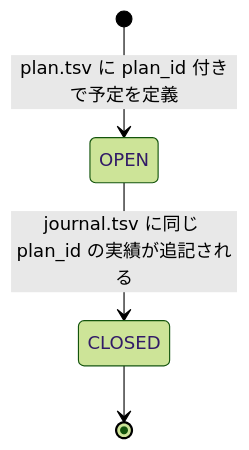
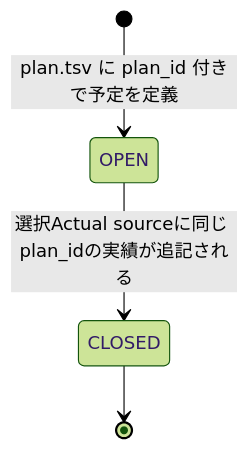
One commit to shumoku88-bit/bqn-ledger changed the diagram in docs/PLAN_ID_LIFECYCLE.md. Above: the diagram before and after it, drawn with Mermaid (forest theme). The commit also changed other lines of this file and 14 other files, not shown here.

Commit message:
feat: add temporal plan filtering and multi-posting journal UI support

````diff
--- a/docs/PLAN_ID_LIFECYCLE.md
+++ b/docs/PLAN_ID_LIFECYCLE.md
@@ -13,6 +18,6 @@
 ```mermaid
 stateDiagram-v2
     [*] --> OPEN : plan.tsv に plan_id 付きで予定を定義
-    OPEN --> CLOSED : journal.tsv に同じ plan_id の実績が追記される
+    OPEN --> CLOSED : 選択Actual sourceに同じ plan_idの実績が追記される
     CLOSED --> [*]
 ```
````
